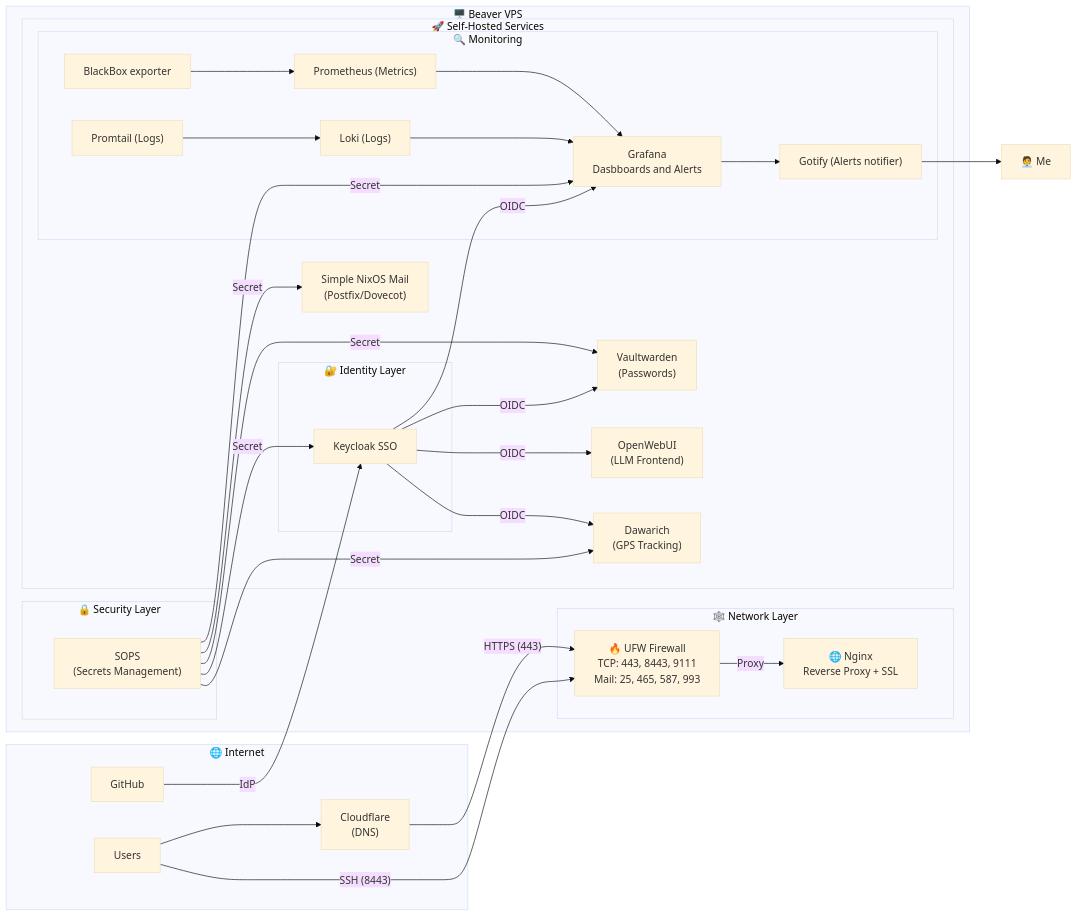
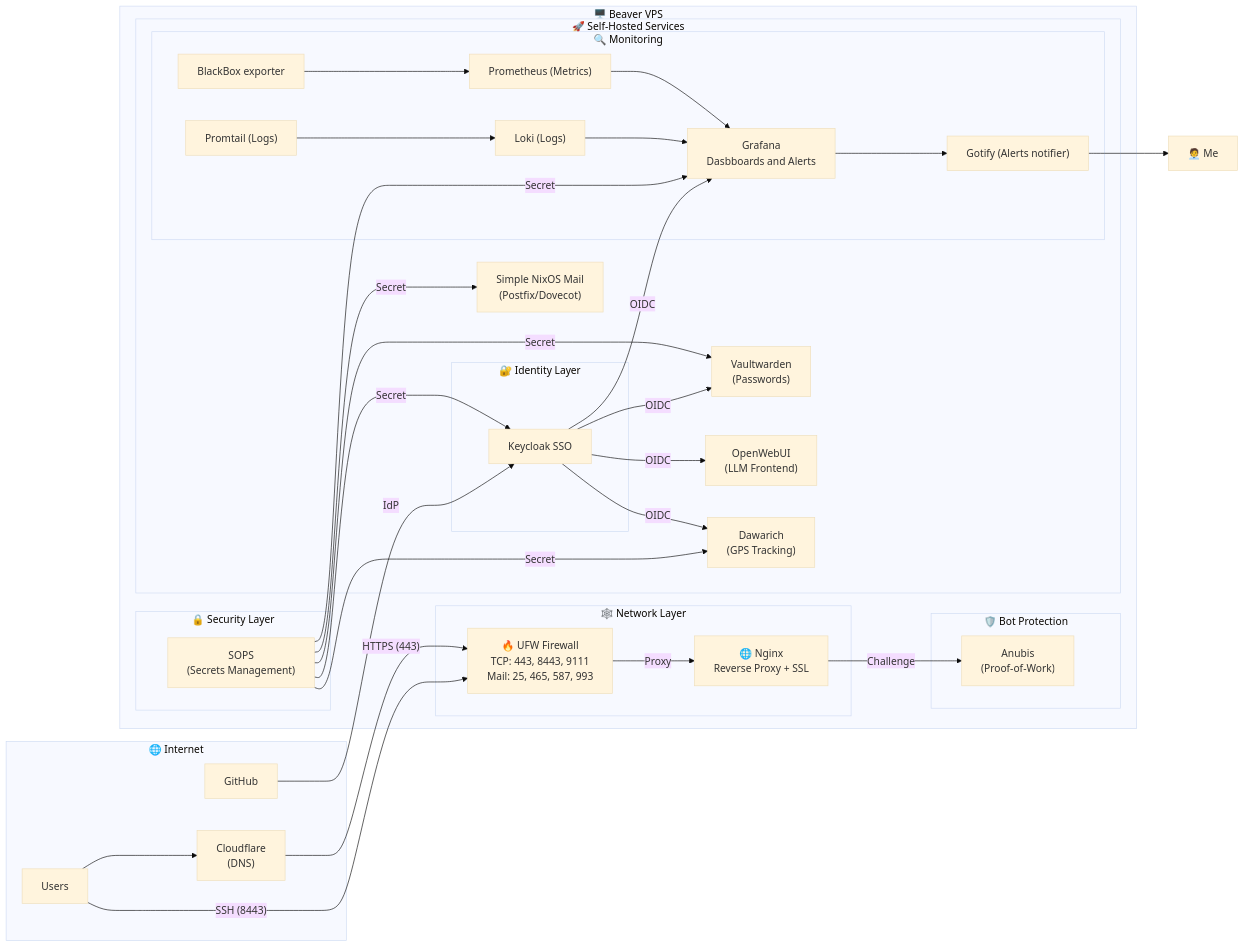
Before and after one commit to JustAlternate/nixcfg: the diagram in README.md, drawn with Mermaid (base theme). The commit also changed other lines of this file and 3 other files, not shown here.

````diff
--- a/README.md
+++ b/README.md
@@ -33,76 +34,81 @@
 ```mermaid
 flowchart LR
     Me["🧑‍💼 Me"]
     subgraph Internet["🌐 Internet"]
         Users["Users"]
         GitHub["GitHub"]
         Cloudflare["Cloudflare<br/>(DNS)"]
     end
 
     subgraph Beaver["🖥️ Beaver VPS"]
         
         subgraph Network["🕸️ Network Layer"]
             Firewall["🔥 UFW Firewall<br/>TCP: 443, 8443, 9111<br/>Mail: 25, 465, 587, 993"]
             Nginx["🌐 Nginx<br/>Reverse Proxy + SSL"]
+        end
+
+        subgraph AntiBot["🛡️ Bot Protection"]
+            Anubis["Anubis<br/>(Proof-of-Work)"]
         end
 
         subgraph Security["🔒 Security Layer"]
             Sops["SOPS<br/>(Secrets Management)"]
         end
 
         subgraph Services["🚀 Self-Hosted Services"]
             Vaultwarden["Vaultwarden<br/>(Passwords)"]
             OpenWebUI["OpenWebUI<br/>(LLM Frontend)"]
             Mail["Simple NixOS Mail<br/>(Postfix/Dovecot)"]
             Dawarich["Dawarich<br/>(GPS Tracking)"]
 
             subgraph Monitoring["🔍 Monitoring"]
                 Gotify["Gotify (Alerts notifier)"]
                 BlackBox["BlackBox exporter"]
                 Promtail["Promtail (Logs)"]
                 Loki["Loki (Logs)"]
                 Prometheus["Prometheus (Metrics)"]
                 Grafana["Grafana<br/>Dasbboards and Alerts"]
             end
 
             subgraph Auth["🔐 Identity Layer"]
                 Keycloak["Keycloak SSO<br/>"]
             end
         end
     end
 
     %% External Traffic
     Users --> Cloudflare
     Cloudflare -->|"HTTPS (443)"| Firewall
     Users -->|"SSH (8443)"| Firewall
 
     %% Internal Routing
     Firewall -->|"Proxy"| Nginx
+    Nginx -->|"Challenge"| Anubis
 
     %% Monitoring Flow
     BlackBox --> Prometheus
     Prometheus --> Grafana
     Promtail --> Loki
     Loki --> Grafana
 
     Sops -->|"Secret"| Grafana
 
     Keycloak -->|"OIDC"| Grafana
 
     Sops -->|"Secret"| Vaultwarden
     Sops -->|"Secret"| Mail
     Sops -->|"Secret"| Keycloak
 
     GitHub -->|"IdP"| Keycloak
 
     %% Auth Flow
     Keycloak -->|"OIDC"| OpenWebUI
     Keycloak -->|"OIDC"| Dawarich
     Keycloak -->|"OIDC"| Vaultwarden
 
     Sops -->|"Secret"| Dawarich
 
     Grafana --> Gotify
     Gotify --> Me
 
 ```
````
